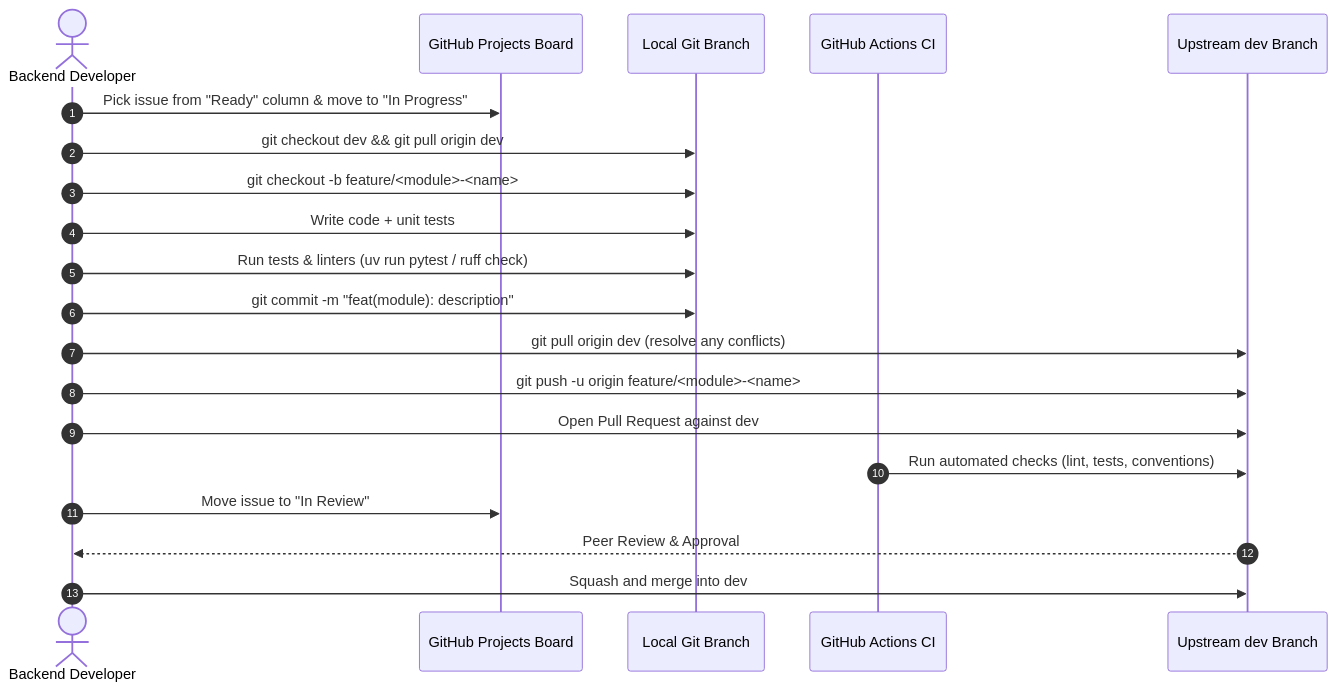
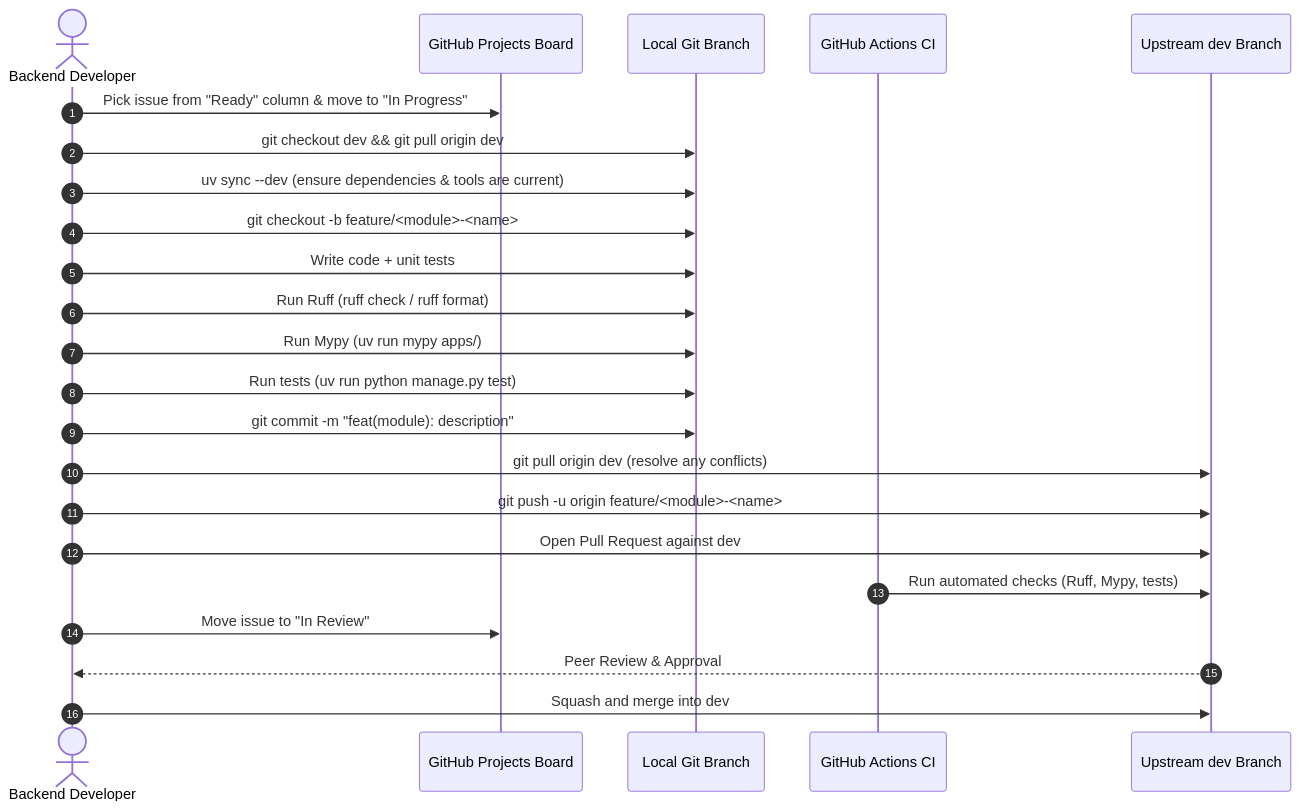
The diagram in CONTRIBUTING.md (pup-swe-team/brb-server), drawn with Mermaid before and after one commit. The commit also changed other lines of this file and 11 other files, not shown here.

Commit message:
feat: add ci, mypy, ruff, pre-commit

````diff
--- a/CONTRIBUTING.md
+++ b/CONTRIBUTING.md
@@ -139,23 +152,26 @@
 ```mermaid
 sequenceDiagram
     autonumber
     actor Dev as Backend Developer
     participant Board as GitHub Projects Board
     participant Local as Local Git Branch
     participant CI as GitHub Actions CI
     participant Repo as Upstream dev Branch
 
     Dev->>Board: Pick issue from "Ready" column & move to "In Progress"
     Dev->>Local: git checkout dev && git pull origin dev
+    Dev->>Local: uv sync --dev (ensure dependencies & tools are current)
     Dev->>Local: git checkout -b feature/<module>-<name>
     Dev->>Local: Write code + unit tests
-    Dev->>Local: Run tests & linters (uv run pytest / ruff check)
+    Dev->>Local: Run Ruff (ruff check / ruff format)
+    Dev->>Local: Run Mypy (uv run mypy apps/)
+    Dev->>Local: Run tests (uv run python manage.py test)
     Dev->>Local: git commit -m "feat(module): description"
     Dev->>Repo: git pull origin dev (resolve any conflicts)
     Dev->>Repo: git push -u origin feature/<module>-<name>
     Dev->>Repo: Open Pull Request against dev
-    CI->>Repo: Run automated checks (lint, tests, conventions)
+    CI->>Repo: Run automated checks (Ruff, Mypy, tests)
     Dev->>Board: Move issue to "In Review"
     Repo-->>Dev: Peer Review & Approval
     Dev->>Repo: Squash and merge into dev
 ```
````
